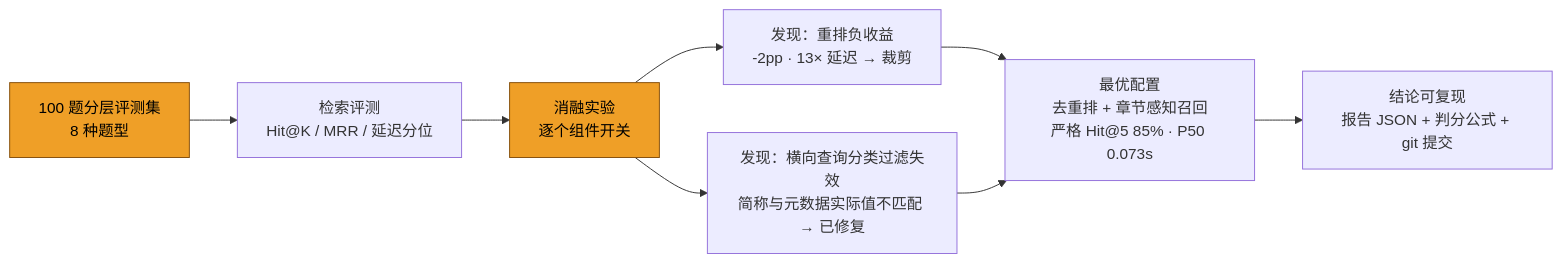
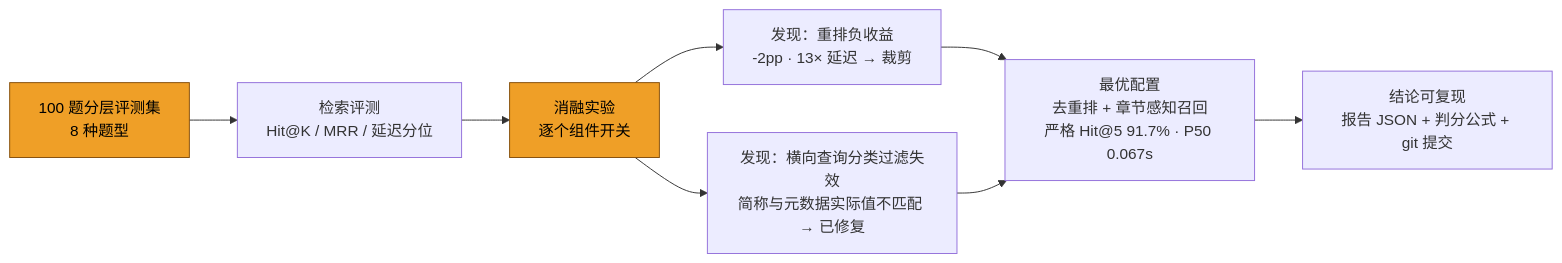
One commit to qiz7z/RAG-ChineseMedicine-QA changed the second of 2 diagrams in README.md. Above: the diagram before and after it, drawn with Mermaid. The commit also changed other lines of this file, not shown here.

````diff
--- a/README.md
+++ b/README.md
@@ -56,13 +56,13 @@
 ```mermaid
 flowchart LR
     A["100 题分层评测集<br>8 种题型"] --> B["检索评测<br>Hit@K / MRR / 延迟分位"]
     B --> C["消融实验<br>逐个组件开关"]
     C --> D["发现：重排负收益<br>-2pp · 13× 延迟 → 裁剪"]
     C --> E["发现：横向查询分类过滤失效<br>简称与元数据实际值不匹配 → 已修复"]
-    D --> F["最优配置<br>去重排 + 章节感知召回<br>严格 Hit@5 85% · P50 0.073s"]
+    D --> F["最优配置<br>去重排 + 章节感知召回<br>严格 Hit@5 91.7% · P50 0.067s"]
     E --> F
     F --> G["结论可复现<br>报告 JSON + 判分公式 + git 提交"]
 
     style A fill:#EF9F27,stroke:#854F0B,color:#000
     style C fill:#EF9F27,stroke:#854F0B,color:#000
 ```
````
